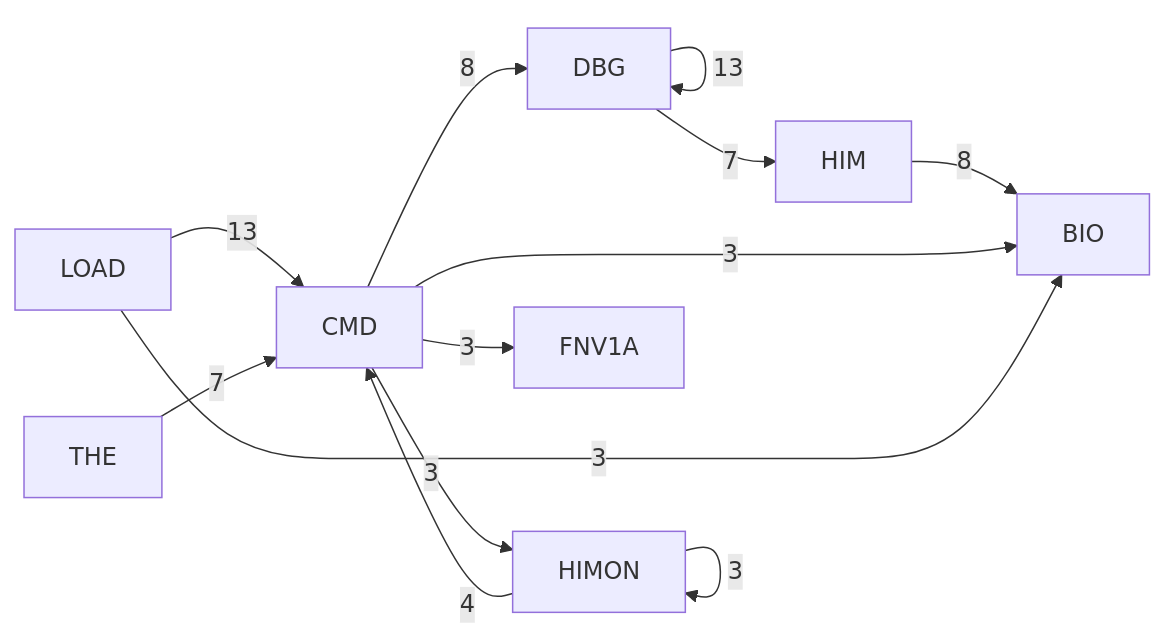
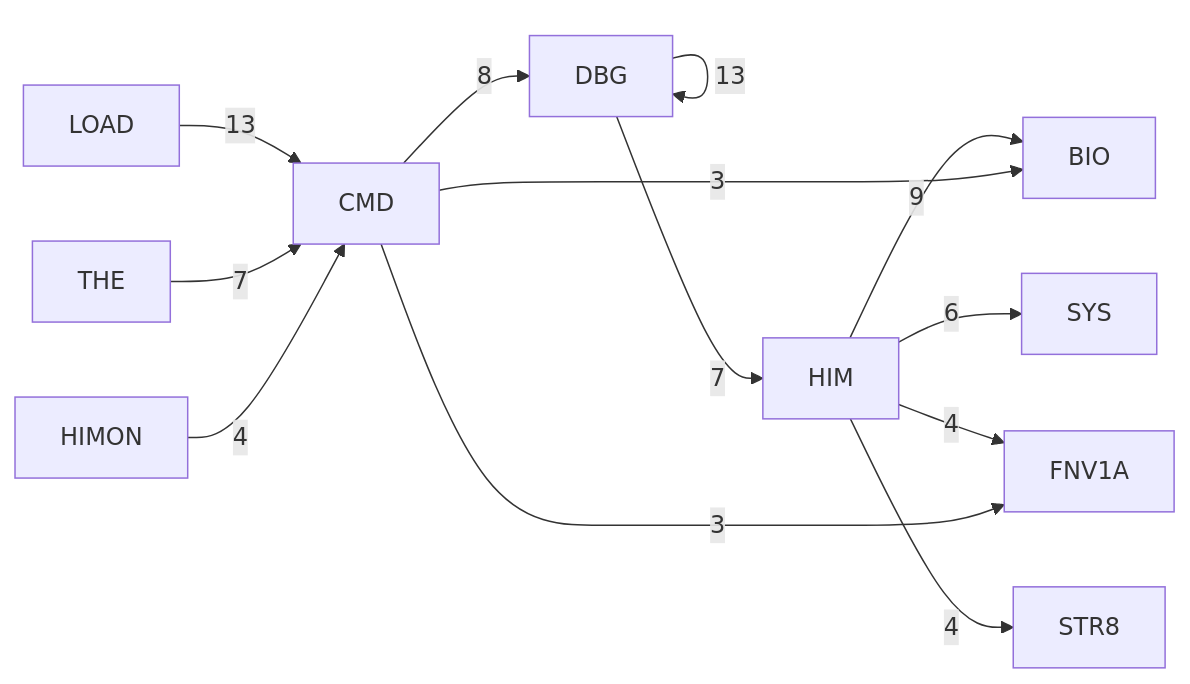
The third of 6 diagrams in DOC/GENERATED/HIMON_SUPPORT_MAP.md (95westus/R-YORS), drawn with Mermaid before and after one commit. The commit also changed other lines of this file and 25 other files, not shown here.

````diff
--- a/DOC/GENERATED/HIMON_SUPPORT_MAP.md
+++ b/DOC/GENERATED/HIMON_SUPPORT_MAP.md
@@ -45,15 +45,15 @@
 ```mermaid
 flowchart LR
     P_DBG[DBG] -->|13| P_DBG[DBG]
     P_LOAD[LOAD] -->|13| P_CMD[CMD]
+    P_HIM[HIM] -->|9| P_BIO[BIO]
     P_CMD[CMD] -->|8| P_DBG[DBG]
-    P_HIM[HIM] -->|8| P_BIO[BIO]
     P_DBG[DBG] -->|7| P_HIM[HIM]
     P_THE[THE] -->|7| P_CMD[CMD]
+    P_HIM[HIM] -->|6| P_SYS[SYS]
+    P_HIM[HIM] -->|4| P_FNV1A[FNV1A]
+    P_HIM[HIM] -->|4| P_STR8[STR8]
     P_HIMON[HIMON] -->|4| P_CMD[CMD]
     P_CMD[CMD] -->|3| P_BIO[BIO]
     P_CMD[CMD] -->|3| P_FNV1A[FNV1A]
-    P_CMD[CMD] -->|3| P_HIMON[HIMON]
-    P_HIMON[HIMON] -->|3| P_HIMON[HIMON]
-    P_LOAD[LOAD] -->|3| P_BIO[BIO]
 ```
````
